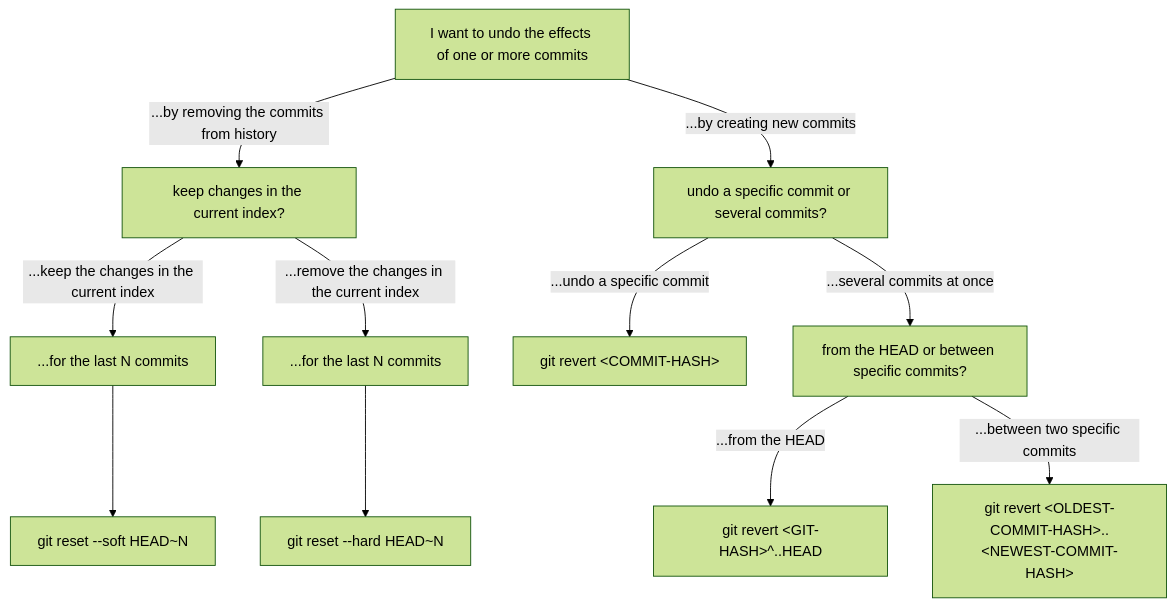
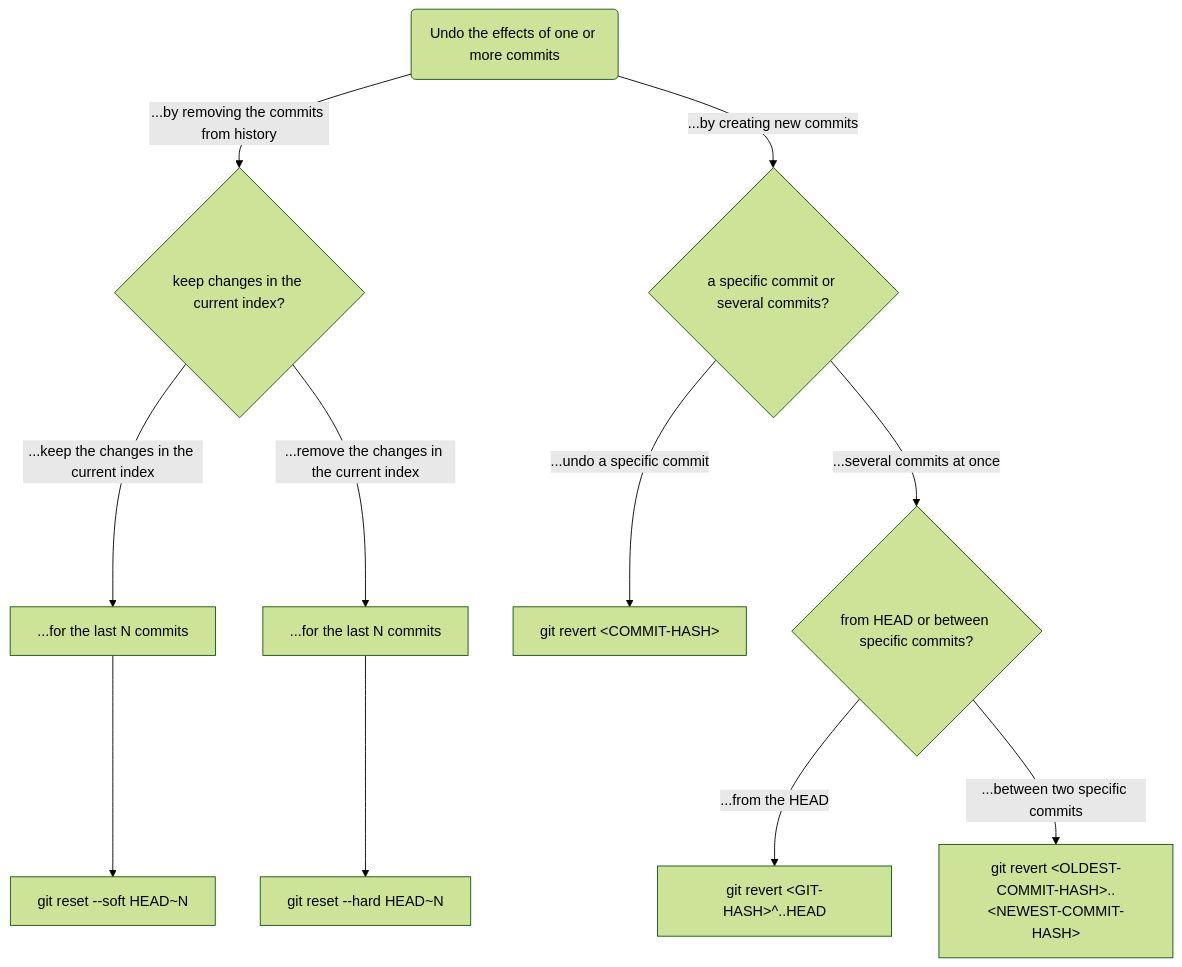
One commit to conorhamill36/conorhamill36.github.io changed the fourth of 4 diagrams in _drafts/2024-06-26-git-undo.md. Above: the diagram before and after it, drawn with Mermaid (forest theme). The commit also changed other lines of this file, not shown here.

````diff
--- a/_drafts/2024-06-26-git-undo.md
+++ b/_drafts/2024-06-26-git-undo.md
@@ -33,13 +34,13 @@
 ```mermaid
 flowchart TD
-    A[I want to undo the effects of one or more commits] -- ...by removing the commits from history --> B[keep changes in the current index?]
+    A(Undo the effects of one or more commits) -- ...by removing the commits from history --> B{keep changes in the current index?}
     B -- ...keep the changes in the current index --> C[...for the last N commits]
     C --> D[git reset --soft HEAD~N]
     B -- ...remove the changes in the current index --> E[...for the last N commits]
     E --> F[git reset --hard HEAD~N]
-    A -- ...by creating new commits --> G[undo a specific commit or several commits?]
+    A -- ...by creating new commits --> G{a specific commit or several commits?}
     G -- ...undo a specific commit --> H[git revert &lt;COMMIT-HASH&gt;]
-    G -- ...several commits at once -->  I[from the HEAD or between specific commits?]
+    G -- ...several commits at once -->  I{from HEAD or between specific commits?}
     I -- ...from the HEAD --> J[git revert &lt;GIT-HASH&gt;^..HEAD]
     I -- ...between two specific commits --> K[git revert &lt;OLDEST-COMMIT-HASH&gt;..&lt;NEWEST-COMMIT-HASH&gt;]
 ```
````
